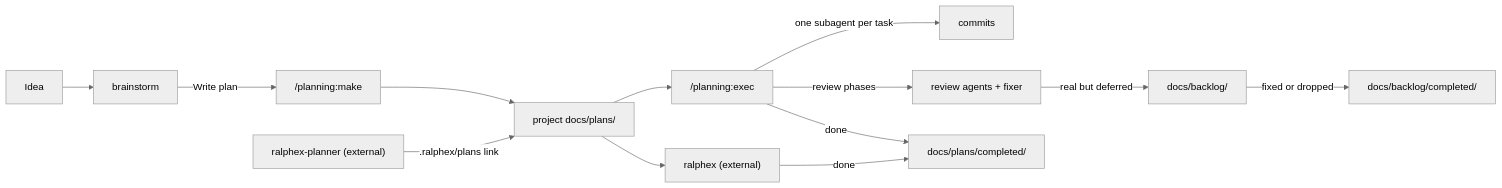
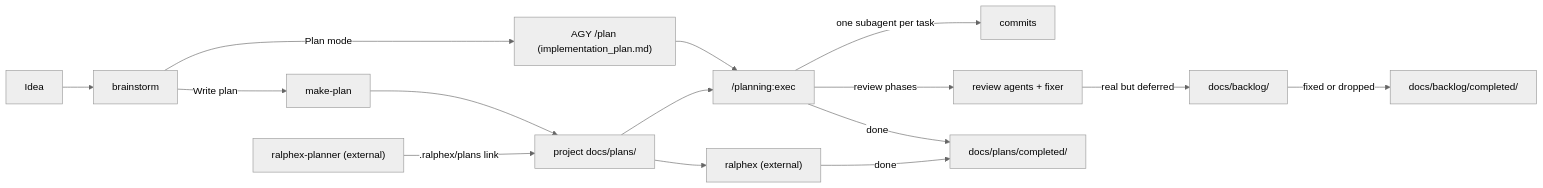
One commit to tematef/cc-thingz changed the first of 2 diagrams in README.md. Above: the diagram before and after it, drawn with Mermaid (neutral theme). The commit also changed other lines of this file and 14 other files, not shown here.

First line of the commit message:
feat(planning): port /planning:make to make-plan skill and fix plan-review agent

````diff
--- a/README.md
+++ b/README.md
@@ -64,15 +65,17 @@
 ```mermaid
 flowchart LR
     idea["Idea"] --> bs["brainstorm"]
-    bs -->|"Write plan"| make["/planning:make"]
+    bs -->|"Write plan"| make["make-plan"]
     make --> plans["project docs/plans/"]
+    bs -->|"Plan mode"| agyplan["AGY /plan (implementation_plan.md)"]
+    agyplan --> exec
     rp["ralphex-planner (external)"] -->|".ralphex/plans link"| plans
     plans --> exec["/planning:exec"]
     plans --> rx["ralphex (external)"]
     exec -->|"one subagent per task"| commits["commits"]
     exec -->|"review phases"| review["review agents + fixer"]
     exec -->|"done"| done["docs/plans/completed/"]
     rx -->|"done"| done
     review -->|"real but deferred"| bl["docs/backlog/"]
     bl -->|"fixed or dropped"| blc["docs/backlog/completed/"]
 ```
````
